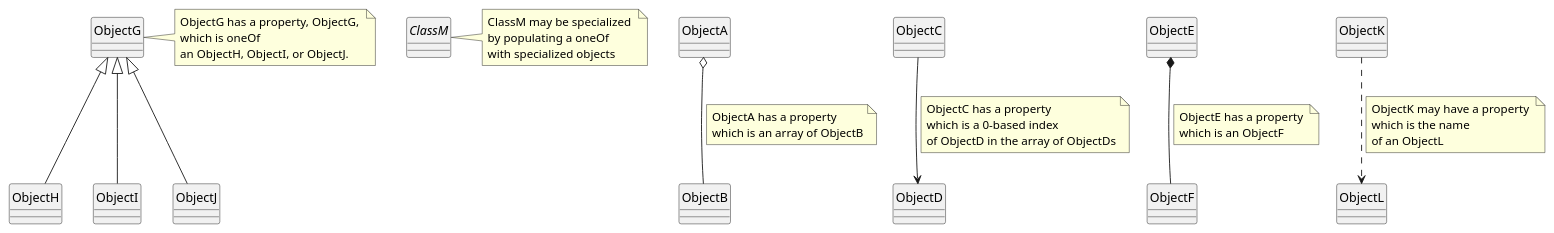
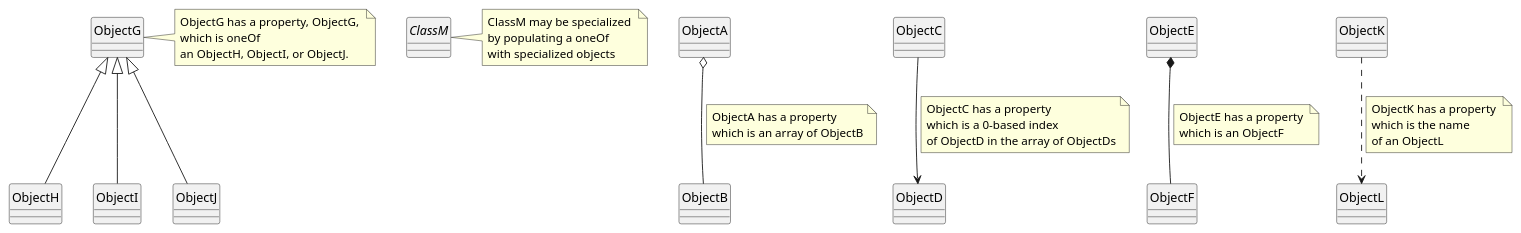
One commit to Charles1625/crop-production-ontology changed the diagram in Schema/key.puml. Above: the diagram before and after it, drawn with PlantUML. The commit also changed 10 other files, not shown here.

```diff
--- a/Schema/key.puml
+++ b/Schema/key.puml
@@ -1,46 +1,46 @@
 @startuml
 hide circle
 
 ObjectA o-- ObjectB
 note on link 
 ObjectA has a property 
 which is an array of ObjectB
 end note
 
 ObjectC --> ObjectD
 note on link 
 ObjectC has a property 
 which is a 0-based index 
 of ObjectD in the array of ObjectDs
 end note
 
 ObjectE *-- ObjectF
 note on link 
 ObjectE has a property 
 which is an ObjectF
 end note
 
 class ObjectG
 note right 
 ObjectG has a property, ObjectG, 
 which is oneOf 
 an ObjectH, ObjectI, or ObjectJ.
 end note
 ObjectG <|-- ObjectH
 ObjectG <|-- ObjectI
 ObjectG <|-- ObjectJ
 
 abstract ClassM
 note right
 ClassM may be specialized 
 by populating a oneOf 
 with specialized objects
 end note
 
 ObjectK ..> ObjectL
 note on link 
-ObjectK may have a property 
+ObjectK has a property 
 which is the name 
 of an ObjectL
 end note
 @enduml
```
